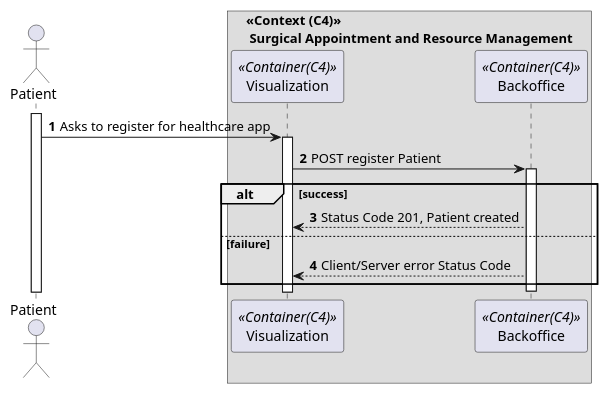
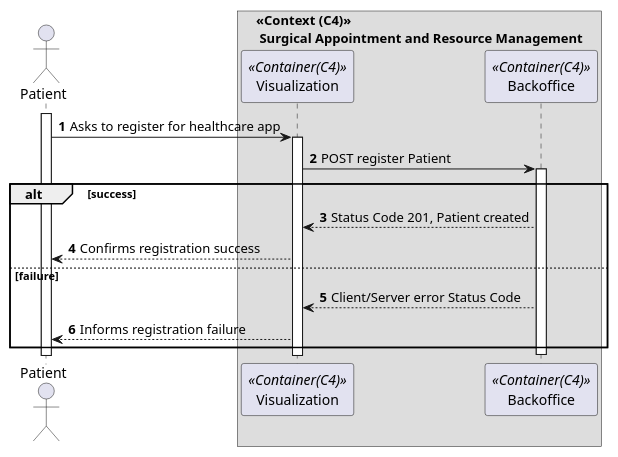
Before and after one commit to Departamento-de-Engenharia-Informatica/sem5pi-24-25-3NA_G74: the diagram in docs/sprint1/Use Cases/US5.1.3/3.Process Views/US5.1.3-Process_View_Level_2.puml, drawn with PlantUML.

Commit message:
#3 Finished process view level 2 for US5.1.3

```diff
--- a/docs/sprint1/Use Cases/US5.1.3/3.Process Views/US5.1.3-Process_View_Level_2.puml
+++ b/docs/sprint1/Use Cases/US5.1.3/3.Process Views/US5.1.3-Process_View_Level_2.puml
@@ -1,42 +1,46 @@
 @startuml
 'https://plantuml.com/sequence-diagram
 
 autonumber
 
 actor "Patient" as patient
 
 
 box "<<Context (C4)>>\n Surgical Appointment and Resource Management"
 participant Visualization as ui <<Container(C4)>>
 participant Backoffice as bo <<Container(C4)>>
 
 
 activate patient
 
 patient -> ui : Asks to register for healthcare app
 
 activate ui
 
 ui -> bo : POST register Patient 
 
 activate bo
 
 alt success
 
 bo --> ui : Status Code 201, Patient created
 
+ui --> patient : Confirms registration success
+
 else failure
 
 bo --> ui:  Client/Server error Status Code
+
+ui --> patient: Informs registration failure
 
 end
 
 deactivate bo
 
 
 
 
 
 
 
 @enduml
```
